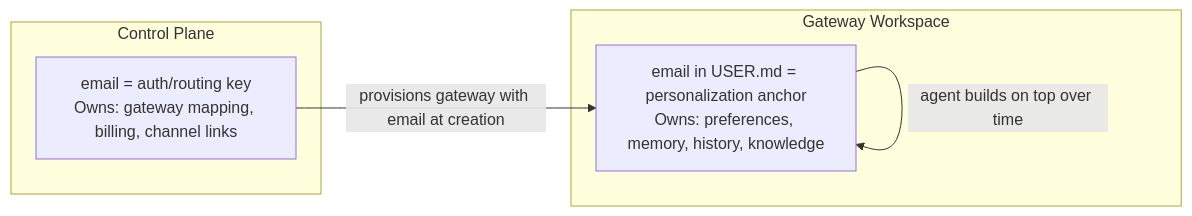
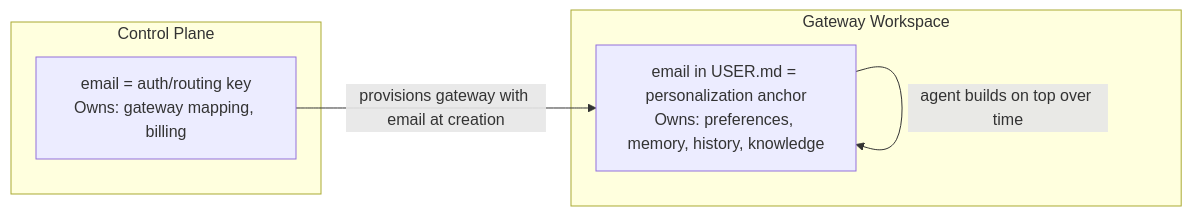
The diagram in brainstorm/identity.md (1qh/claw), drawn with Mermaid before and after one commit. The commit also changed other lines of this file and 2 other files, not shown here.

Commit message:
Fix consistency: single-channel, four surfaces, remove NFS/channel refs, align identity model

````diff
--- a/brainstorm/identity.md
+++ b/brainstorm/identity.md
@@ -44,13 +43,13 @@
 ```mermaid
 graph LR
     subgraph "Control Plane"
-        A["email = auth/routing key<br/>Owns: gateway mapping, billing, channel links"]
+        A["email = auth/routing key<br/>Owns: gateway mapping, billing"]
     end
 
     subgraph "Gateway Workspace"
         B["email in USER.md = personalization anchor<br/>Owns: preferences, memory, history, knowledge"]
     end
 
     A -->|"provisions gateway with email at creation"| B
     B -->|"agent builds on top over time"| B
 ```
````
